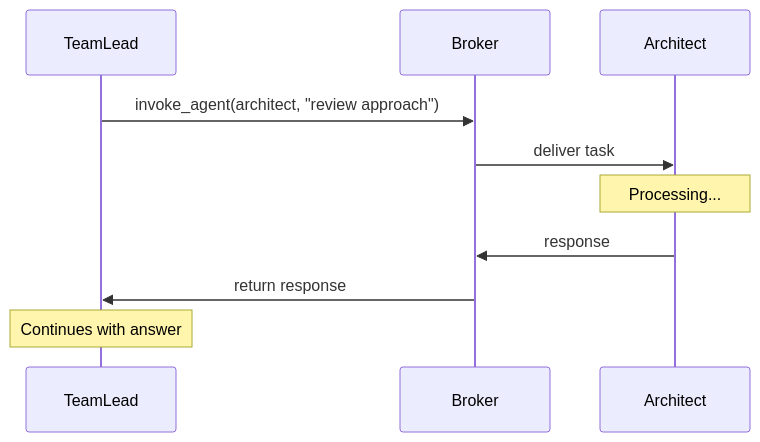
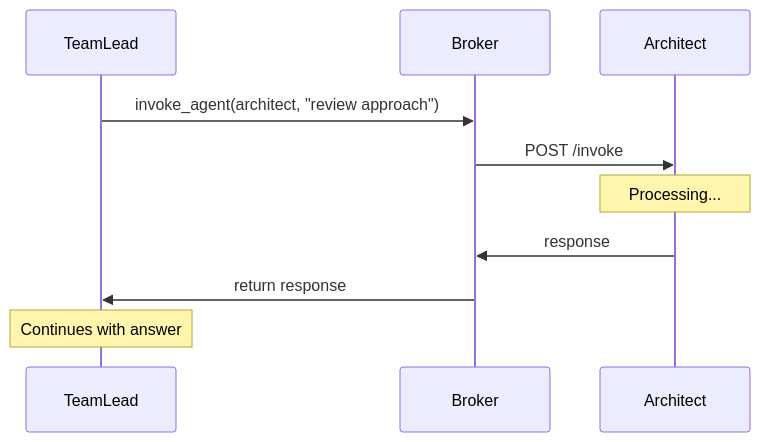
The sixth of 7 diagrams in docs/agent-messaging.md (ia64mail/quorum), drawn with Mermaid before and after one commit. The commit also changed other lines of this file and 1 other file, not shown here.

Commit message:
Enhance documentation to include Claude Code SDK integration with MCP orchestration, depth tracking, circular call safeguards, role-based timeouts, and updated diagrams for agent communication and message delivery paths.

````diff
--- a/docs/agent-messaging.md
+++ b/docs/agent-messaging.md
@@ -123,13 +156,13 @@
 ```mermaid
 sequenceDiagram
     participant TL as TeamLead
     participant B as Broker
     participant A as Architect
 
     TL->>B: invoke_agent(architect, "review approach")
-    B->>A: deliver task
+    B->>A: POST /invoke
     Note over A: Processing...
     A->>B: response
     B->>TL: return response
     Note over TL: Continues with answer
 ```
````
